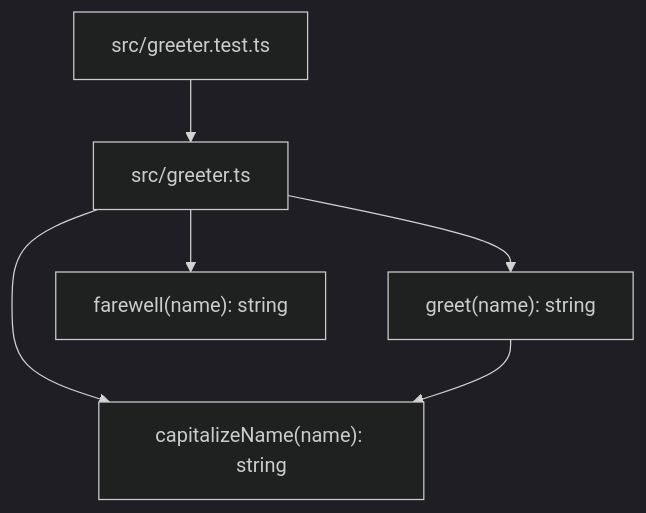
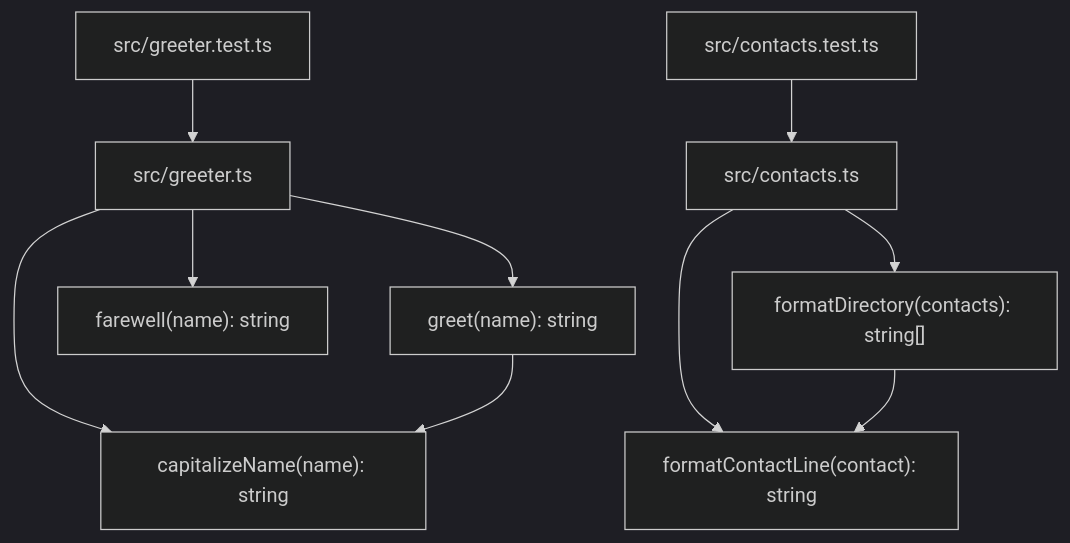
Before and after one commit to narmada-chittem/resolver-rules-testbed: the diagram in .resolver/knowledge/architecture.md, drawn with Mermaid (dark theme). The commit also changed other lines of this file and 3 other files, not shown here.

````diff
--- a/.resolver/knowledge/architecture.md
+++ b/.resolver/knowledge/architecture.md
@@ -20,14 +24,24 @@
 ```mermaid
 flowchart TD
     greeter["src/greeter.ts"]
     capitalizeName["capitalizeName(name): string"]
     greet["greet(name): string"]
     farewell["farewell(name): string"]
-    test["src/greeter.test.ts"]
+    greeterTest["src/greeter.test.ts"]
 
     greeter --> capitalizeName
     greeter --> greet
     greeter --> farewell
     greet --> capitalizeName
-    test --> greeter
+    greeterTest --> greeter
+
+    contacts["src/contacts.ts"]
+    formatContactLine["formatContactLine(contact): string"]
+    formatDirectory["formatDirectory(contacts): string[]"]
+    contactsTest["src/contacts.test.ts"]
+
+    contacts --> formatContactLine
+    contacts --> formatDirectory
+    formatDirectory --> formatContactLine
+    contactsTest --> contacts
 ```
````
